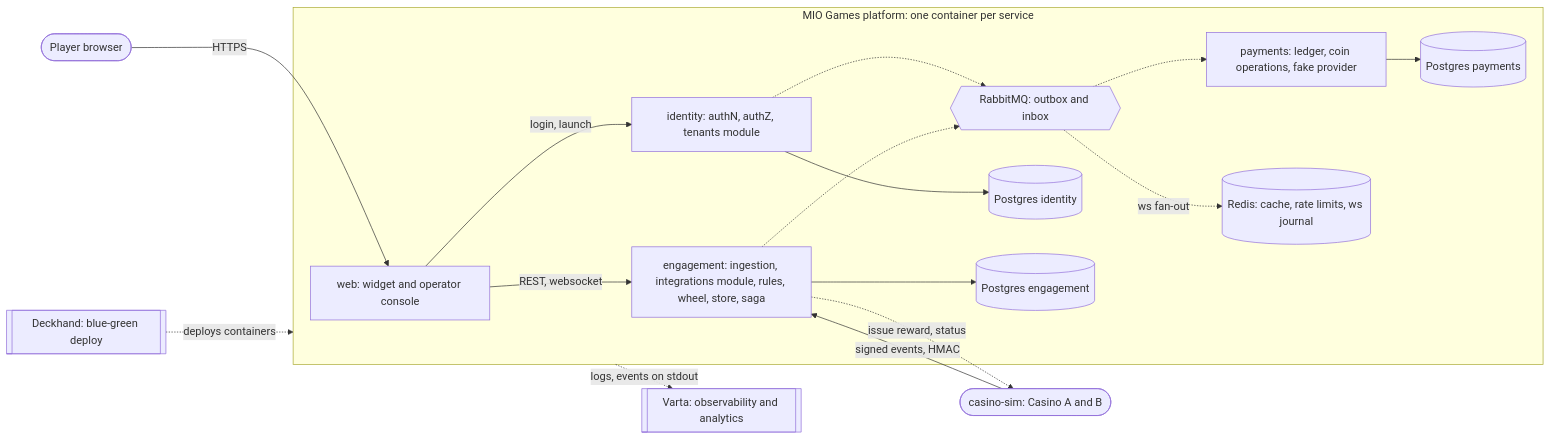
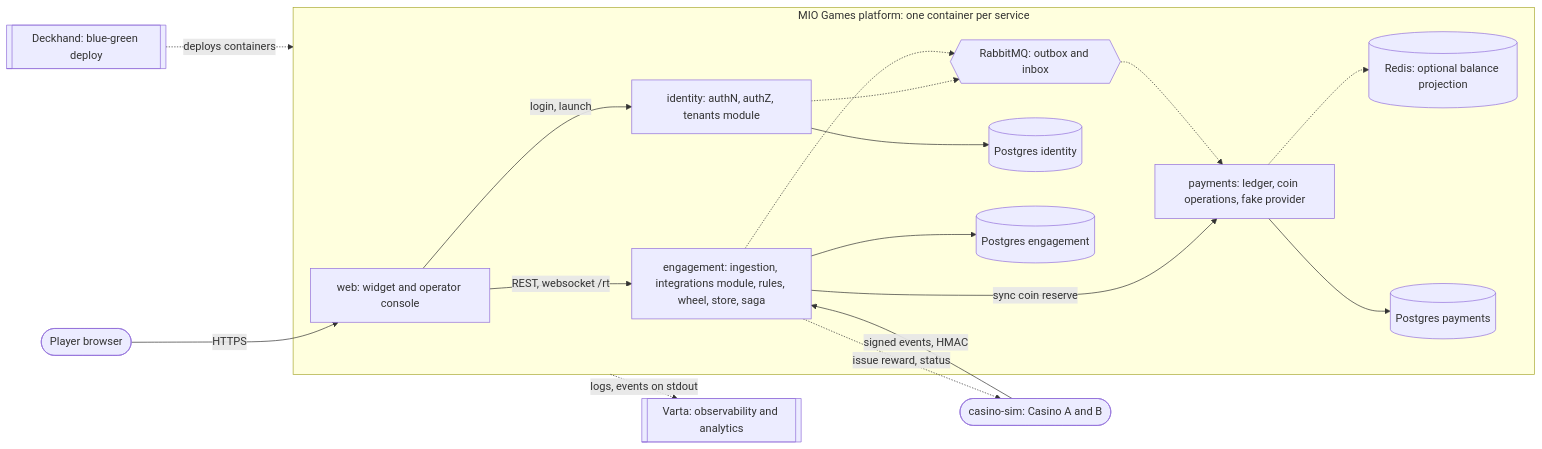
The first of 5 diagrams in docs/architecture/README.md (maxml/ex-mio-games), drawn with Mermaid before and after one commit. The commit also changed other lines of this file and 26 other files, not shown here.

First line of the commit message:
docs: reconcile architecture, ADRs, Part C/D/E and README with the integrated code

````diff
--- a/docs/architecture/README.md
+++ b/docs/architecture/README.md
@@ -24,33 +25,34 @@
 ```mermaid
 flowchart LR
   player([Player browser]) -->|HTTPS| web
   casino([casino-sim: Casino A and B]) -->|signed events, HMAC| engagement
   engagement -.->|issue reward, status| casino
 
   subgraph platform [MIO Games platform: one container per service]
     web[web: widget and operator console]
     identity[identity: authN, authZ, tenants module]
     engagement[engagement: ingestion, integrations module, rules, wheel, store, saga]
     payments[payments: ledger, coin operations, fake provider]
     rabbit{{RabbitMQ: outbox and inbox}}
-    redis[(Redis: cache, rate limits, ws journal)]
+    redis[(Redis: optional balance projection)]
     idb[(Postgres identity)]
     edb[(Postgres engagement)]
     pdb[(Postgres payments)]
   end
 
   web -->|login, launch| identity
-  web -->|REST, websocket| engagement
+  web -->|REST, websocket /rt| engagement
+  engagement -->|sync coin reserve| payments
   identity --> idb
   engagement --> edb
   payments --> pdb
   identity -.-> rabbit
   engagement -.-> rabbit
   rabbit -.-> payments
-  rabbit -.->|ws fan-out| redis
+  payments -.-> redis
 
   varta[[Varta: observability and analytics]]
   deckhand[[Deckhand: blue-green deploy]]
   platform -.->|logs, events on stdout| varta
   deckhand -.->|deploys containers| platform
 ```
````
